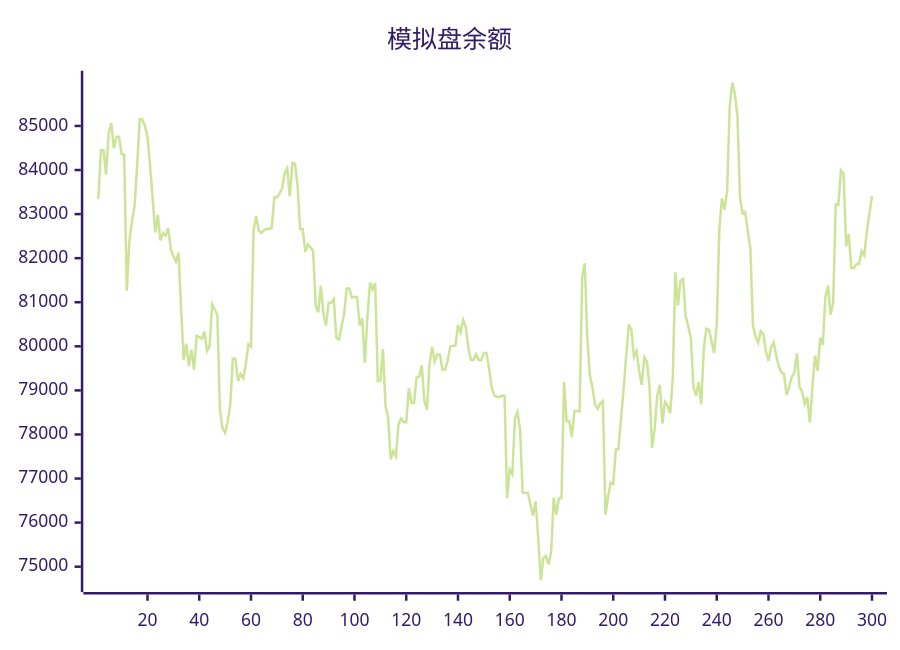
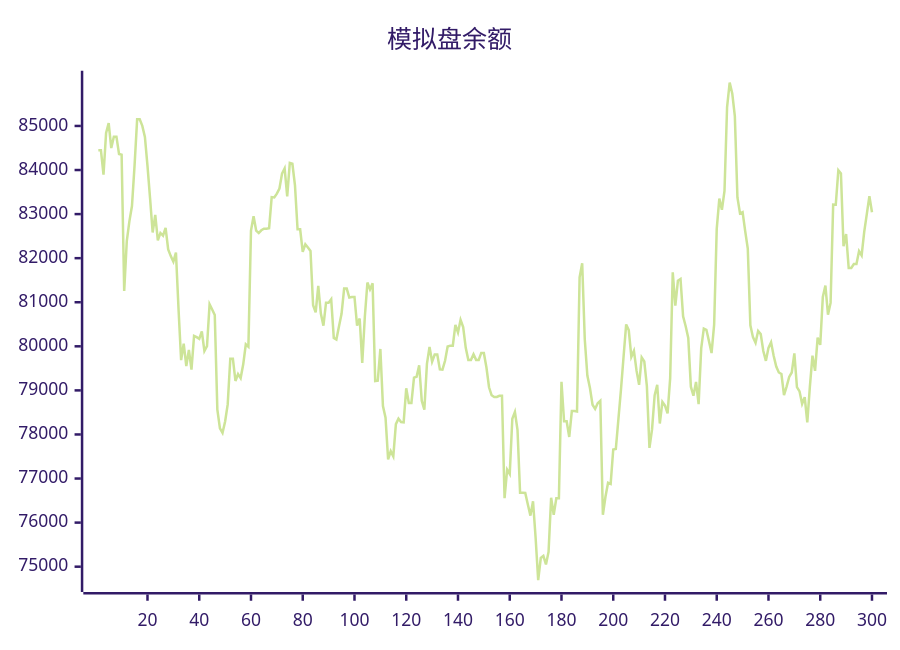
The diagram in README.md (aahl/ai-trading), drawn with Mermaid (forest theme) before and after one commit. The commit also changed other lines of this file and 1 other file, not shown here.

````diff
--- a/README.md
+++ b/README.md
@@ -5,5 +5,5 @@
 ```mermaid
 xychart
     title "模拟盘余额"
-    line [83336,84448,84449,83896,84839,85065,84499,84757,84757,84364,84347,81254,82385,82835,83184,84099,85150,85150,85002,84751,84096,83356,82582,82983,82404,82572,82512,82688,82200,82047,81920,82125,80840,79688,80060,79552,79920,79470,80236,80208,80170,80336,79894,80006,80954,80837,80712,78561,78139,78037,78293,78682,79720,79720,79214,79372,79279,79591,80046,79993,82625,82950,82626,82571,82633,82670,82670,82681,83386,83378,83464,83579,83920,84037,83402,84160,84142,83652,82655,82655,82145,82315,82243,82163,80934,80770,81371,80742,80468,80989,80989,81067,80191,80155,80450,80737,81309,81309,81106,81119,81119,80471,80631,79624,80670,81448,81290,81429,79212,79222,79940,78643,78380,77432,77623,77504,78235,78358,78284,78277,79048,78714,78714,79290,79308,79567,78763,78563,79603,79988,79652,79813,79813,79476,79469,79673,79995,80015,80015,80486,80314,80600,80436,79966,79689,79689,79819,79692,79692,79850,79850,79518,79071,78889,78850,78850,78878,78878,76554,77202,77103,78357,78510,78106,76678,76677,76672,76411,76159,76485,75656,74695,75197,75246,75052,75334,76564,76179,76553,76551,79196,78300,78300,77944,78531,78531,78521,81564,81884,80160,79335,79055,78675,78580,78708,78764,76179,76586,76902,76876,77658,77669,78346,79023,79769,80497,80366,79761,79896,79448,79126,79749,79658,79097,77695,78114,78888,79126,78249,78738,78653,78478,79271,81680,80923,81488,81527,80681,80455,80190,79084,78879,79193,78686,79954,80403,80374,80118,79848,80491,82665,83351,83098,83525,85430,85983,85737,85221,83378,83014,83043,82613,82216,80477,80208,80081,80348,80277,79894,79670,79965,80093,79786,79542,79406,79371,78893,79087,79304,79406,79841,79072,78978,78696,78846,78272,79085,79787,79442,80198,80031,81120,81379,80718,80985,83214,83212,83993,83921,82270,82547,81776,81776,81866,81866,82158,82061,82596,83000,83408]
+    line [84448,84449,83896,84839,85065,84499,84757,84757,84364,84347,81254,82385,82835,83184,84099,85150,85150,85002,84751,84096,83356,82582,82983,82404,82572,82512,82688,82200,82047,81920,82125,80840,79688,80060,79552,79920,79470,80236,80208,80170,80336,79894,80006,80954,80837,80712,78561,78139,78037,78293,78682,79720,79720,79214,79372,79279,79591,80046,79993,82625,82950,82626,82571,82633,82670,82670,82681,83386,83378,83464,83579,83920,84037,83402,84160,84142,83652,82655,82655,82145,82315,82243,82163,80934,80770,81371,80742,80468,80989,80989,81067,80191,80155,80450,80737,81309,81309,81106,81119,81119,80471,80631,79624,80670,81448,81290,81429,79212,79222,79940,78643,78380,77432,77623,77504,78235,78358,78284,78277,79048,78714,78714,79290,79308,79567,78763,78563,79603,79988,79652,79813,79813,79476,79469,79673,79995,80015,80015,80486,80314,80600,80436,79966,79689,79689,79819,79692,79692,79850,79850,79518,79071,78889,78850,78850,78878,78878,76554,77202,77103,78357,78510,78106,76678,76677,76672,76411,76159,76485,75656,74695,75197,75246,75052,75334,76564,76179,76553,76551,79196,78300,78300,77944,78531,78531,78521,81564,81884,80160,79335,79055,78675,78580,78708,78764,76179,76586,76902,76876,77658,77669,78346,79023,79769,80497,80366,79761,79896,79448,79126,79749,79658,79097,77695,78114,78888,79126,78249,78738,78653,78478,79271,81680,80923,81488,81527,80681,80455,80190,79084,78879,79193,78686,79954,80403,80374,80118,79848,80491,82665,83351,83098,83525,85430,85983,85737,85221,83378,83014,83043,82613,82216,80477,80208,80081,80348,80277,79894,79670,79965,80093,79786,79542,79406,79371,78893,79087,79304,79406,79841,79072,78978,78696,78846,78272,79085,79787,79442,80198,80031,81120,81379,80718,80985,83214,83212,83993,83921,82270,82547,81776,81776,81866,81866,82158,82061,82596,83000,83408,83041]
 ```
````
